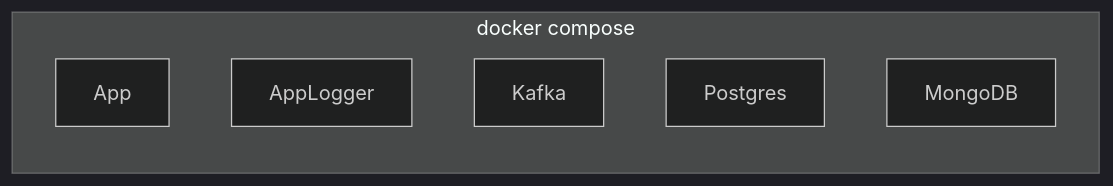
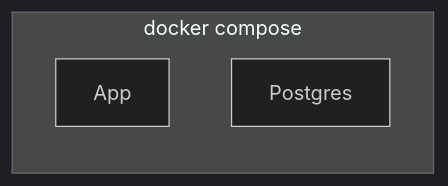
The fourth of 4 diagrams in README.md (hsandmann/insper.cloud.projeto), drawn with Mermaid (dark theme) before and after one commit. The commit also changed other lines of this file, not shown here.

Commit message:
remove kafka

````diff
--- a/README.md
+++ b/README.md
@@ -52,11 +52,8 @@
 ```mermaid
 flowchart LR
   subgraph docker compose
     direction TB
     App
-    AppLogger
-    Kafka
     Postgres
-    MongoDB
   end
 ```
````
